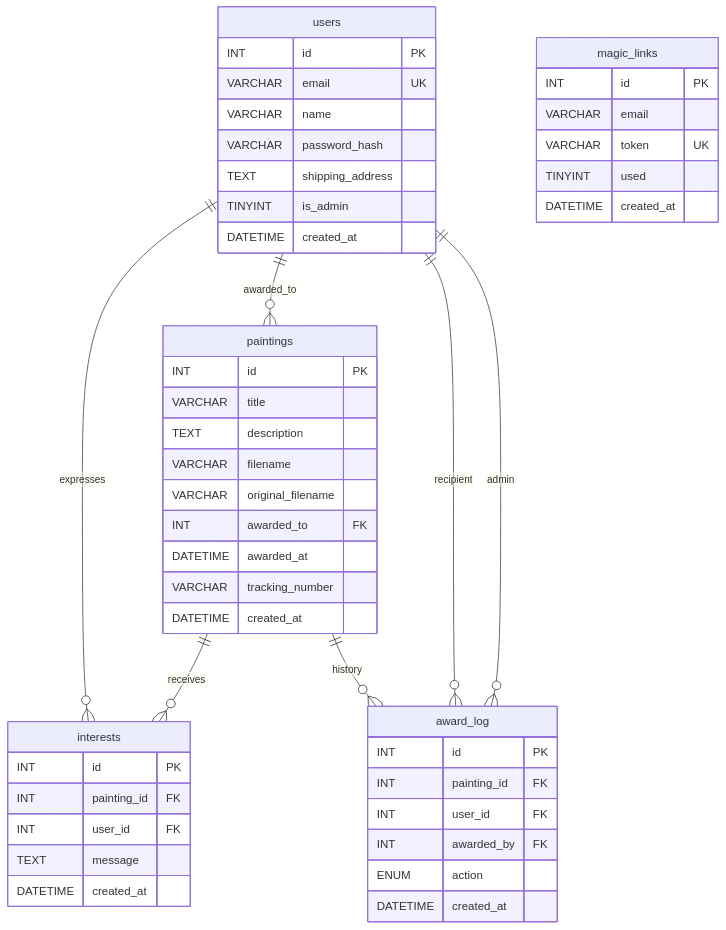
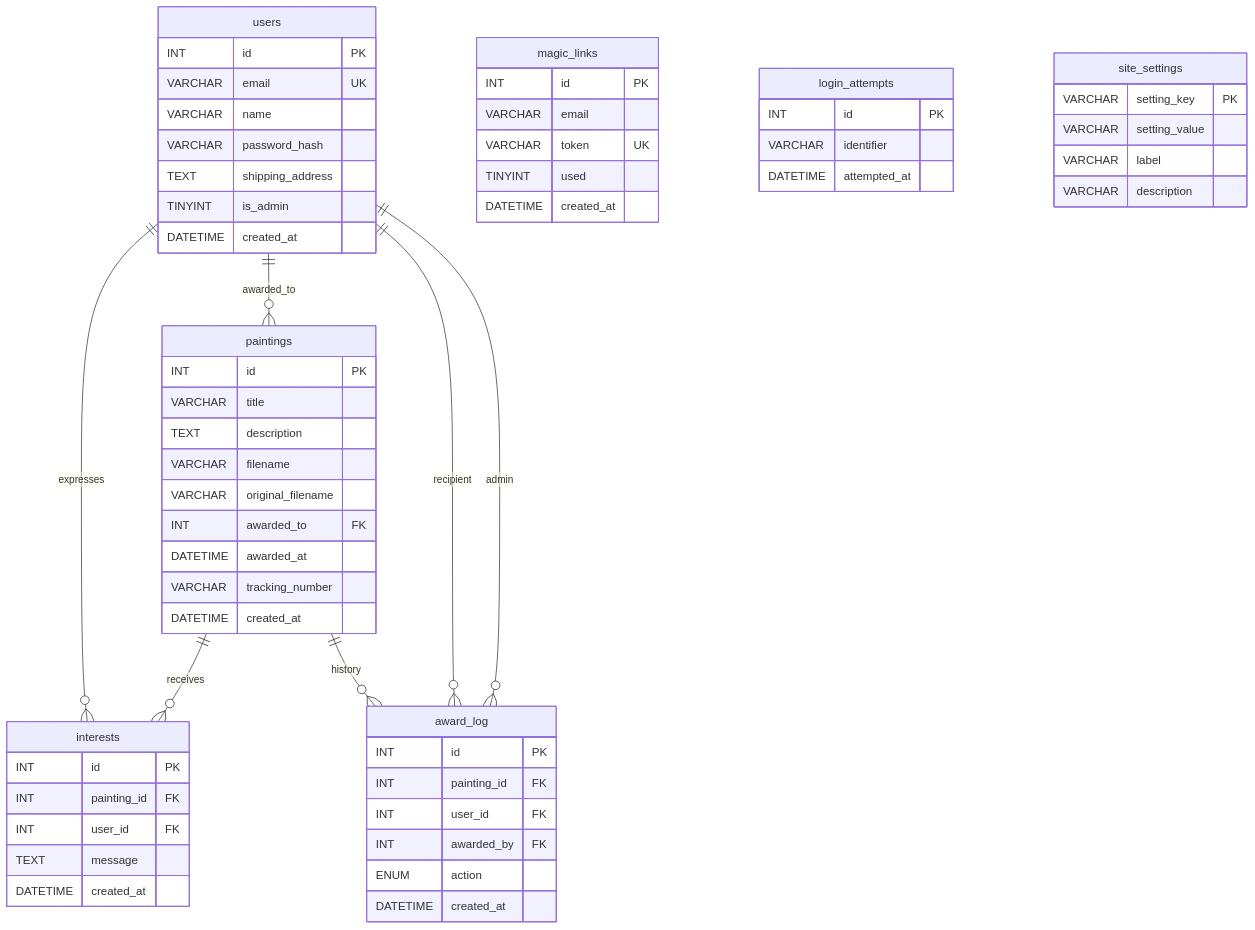
One commit to robsartin/heirloom changed the ninth of 14 diagrams in doc/DEVELOPER.md. Above: the diagram before and after it, drawn with Mermaid. The commit also changed other lines of this file, not shown here.

First line of the commit message:
Add PHPDoc to all source files and update Mermaid diagrams

````diff
--- a/doc/DEVELOPER.md
+++ b/doc/DEVELOPER.md
@@ -207,56 +267,69 @@
 ```mermaid
 erDiagram
     users {
         INT id PK
         VARCHAR email UK
         VARCHAR name
         VARCHAR password_hash
         TEXT shipping_address
         TINYINT is_admin
         DATETIME created_at
     }
 
     paintings {
         INT id PK
         VARCHAR title
         TEXT description
         VARCHAR filename
         VARCHAR original_filename
         INT awarded_to FK
         DATETIME awarded_at
         VARCHAR tracking_number
         DATETIME created_at
     }
 
     interests {
         INT id PK
         INT painting_id FK
         INT user_id FK
         TEXT message
         DATETIME created_at
     }
 
     magic_links {
         INT id PK
         VARCHAR email
         VARCHAR token UK
         TINYINT used
         DATETIME created_at
     }
 
     award_log {
         INT id PK
         INT painting_id FK
         INT user_id FK
         INT awarded_by FK
         ENUM action
         DATETIME created_at
     }
 
+    login_attempts {
+        INT id PK
+        VARCHAR identifier
+        DATETIME attempted_at
+    }
+
+    site_settings {
+        VARCHAR setting_key PK
+        VARCHAR setting_value
+        VARCHAR label
+        VARCHAR description
+    }
+
     users ||--o{ interests : "expresses"
     paintings ||--o{ interests : "receives"
     users ||--o{ paintings : "awarded_to"
     paintings ||--o{ award_log : "history"
     users ||--o{ award_log : "recipient"
     users ||--o{ award_log : "admin"
 ```
````
